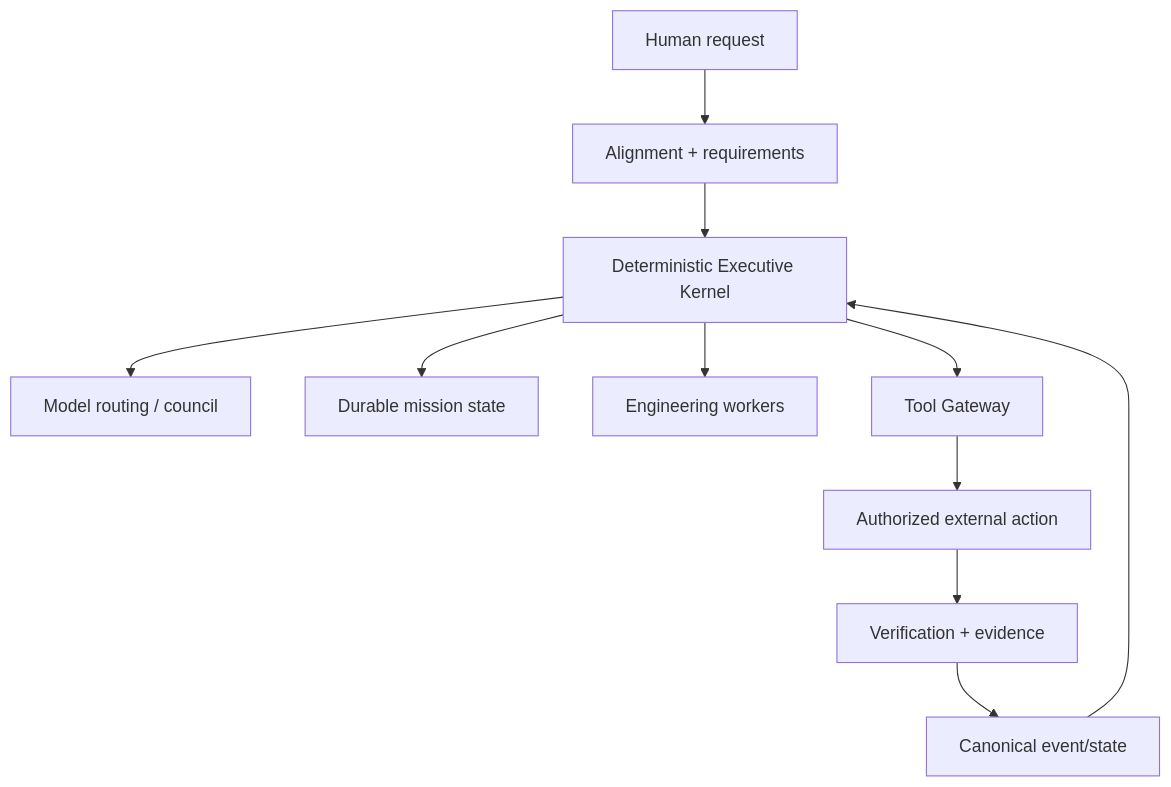
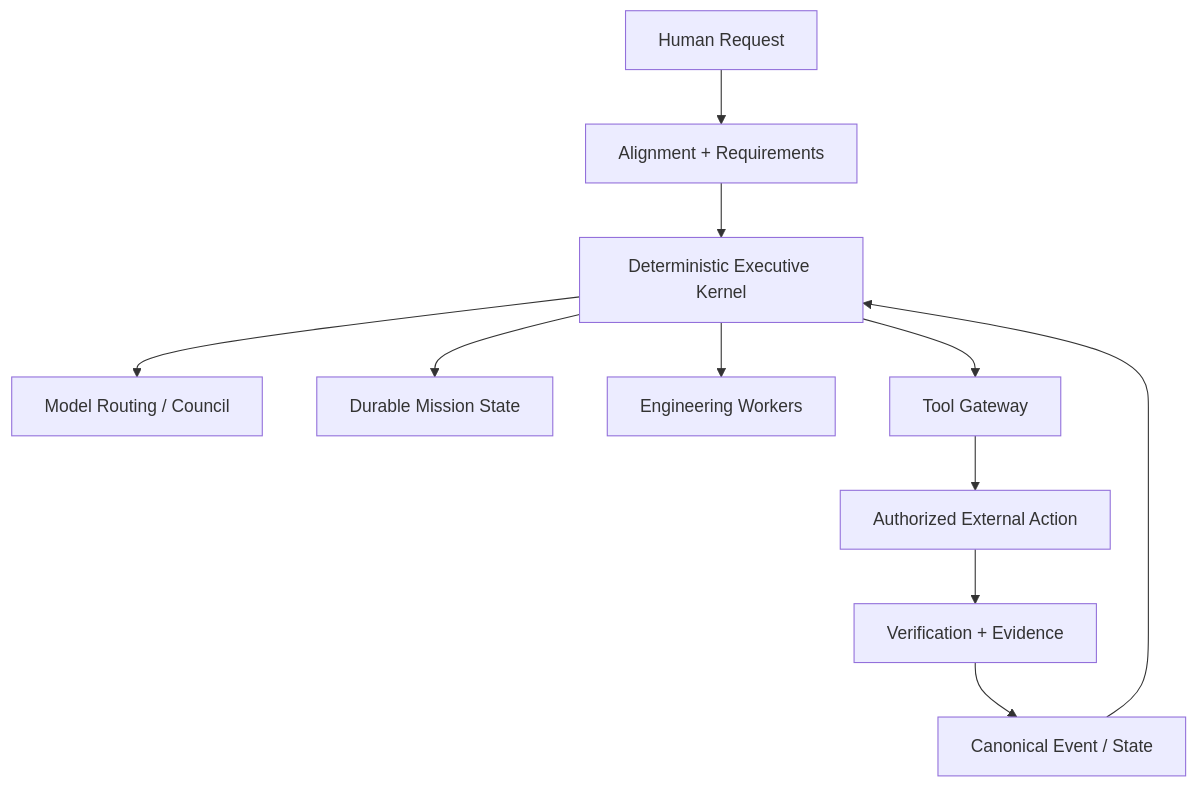
The diagram in README.md (VivekVRobo/universal-brain), drawn with Mermaid before and after one commit. The commit also changed other lines of this file, not shown here.

Commit message:
Redesign Universal Brain README around architecture and evidence

````diff
--- a/README.md
+++ b/README.md
@@ -11,13 +91,15 @@
 ```mermaid
 flowchart TD
-    H[Human request] --> A[Alignment + requirements]
+    H[Human Request] --> A[Alignment + Requirements]
     A --> K[Deterministic Executive Kernel]
-    K --> R[Model routing / council]
-    K --> M[Durable mission state]
-    K --> W[Engineering workers]
+
+    K --> R[Model Routing / Council]
+    K --> M[Durable Mission State]
+    K --> W[Engineering Workers]
     K --> T[Tool Gateway]
-    T --> X[Authorized external action]
-    X --> V[Verification + evidence]
-    V --> C[Canonical event/state]
+
+    T --> X[Authorized External Action]
+    X --> V[Verification + Evidence]
+    V --> C[Canonical Event / State]
     C --> K
 ```
````
